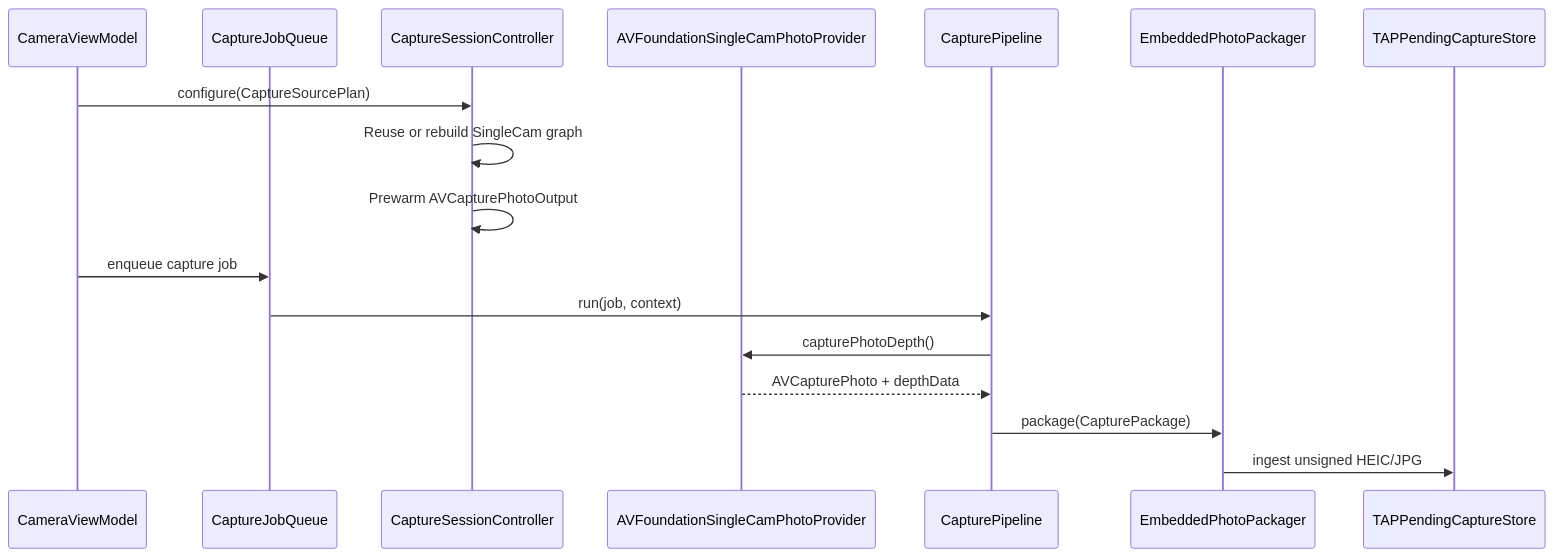
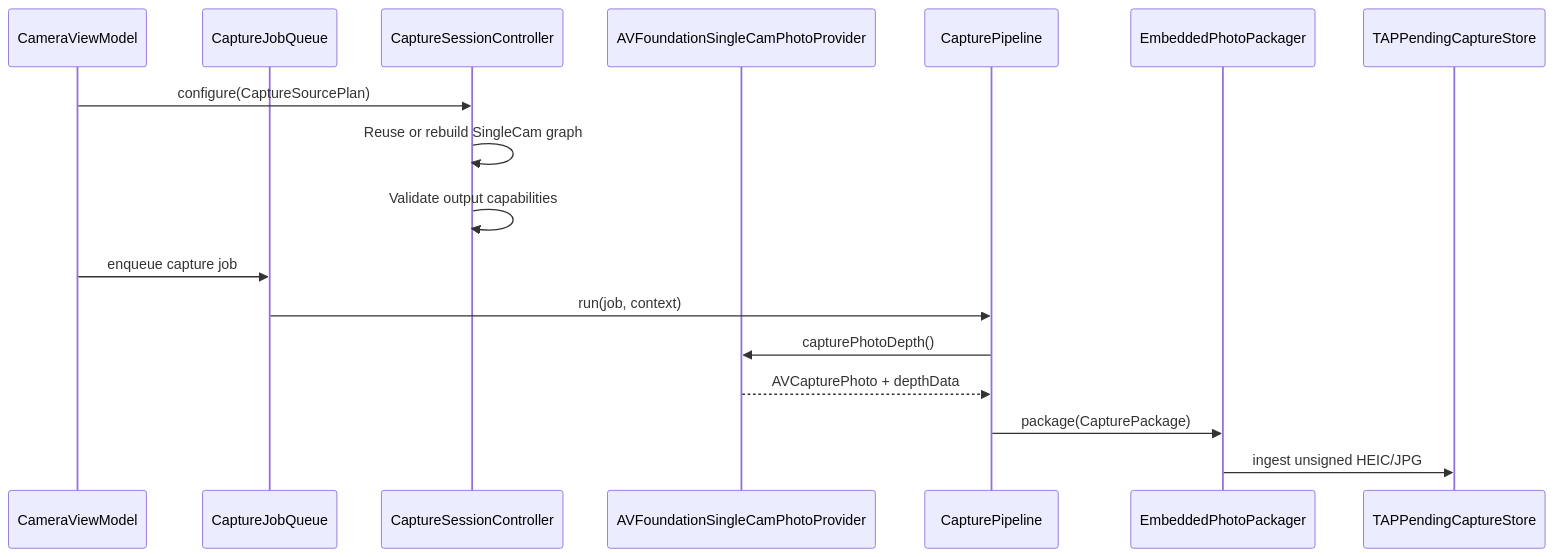
Before and after one commit to TAP-NAP/TAPCamDemo: the diagram in TAPCamDemo/CameraCapture/Runtime/README.md, drawn with Mermaid. The commit also changed other lines of this file and 65 other files, not shown here.

````diff
--- a/TAPCamDemo/CameraCapture/Runtime/README.md
+++ b/TAPCamDemo/CameraCapture/Runtime/README.md
@@ -122,20 +123,20 @@
 ```mermaid
 sequenceDiagram
     participant VM as CameraViewModel
     participant Queue as CaptureJobQueue
     participant Session as CaptureSessionController
     participant Provider as AVFoundationSingleCamPhotoProvider
     participant Pipeline as CapturePipeline
     participant Output as EmbeddedPhotoPackager
     participant Store as TAPPendingCaptureStore
 
     VM->>Session: configure(CaptureSourcePlan)
     Session->>Session: Reuse or rebuild SingleCam graph
-    Session->>Session: Prewarm AVCapturePhotoOutput
+    Session->>Session: Validate output capabilities
     VM->>Queue: enqueue capture job
     Queue->>Pipeline: run(job, context)
     Pipeline->>Provider: capturePhotoDepth()
     Provider-->>Pipeline: AVCapturePhoto + depthData
     Pipeline->>Output: package(CapturePackage)
     Output->>Store: ingest unsigned HEIC/JPG
 ```
````
